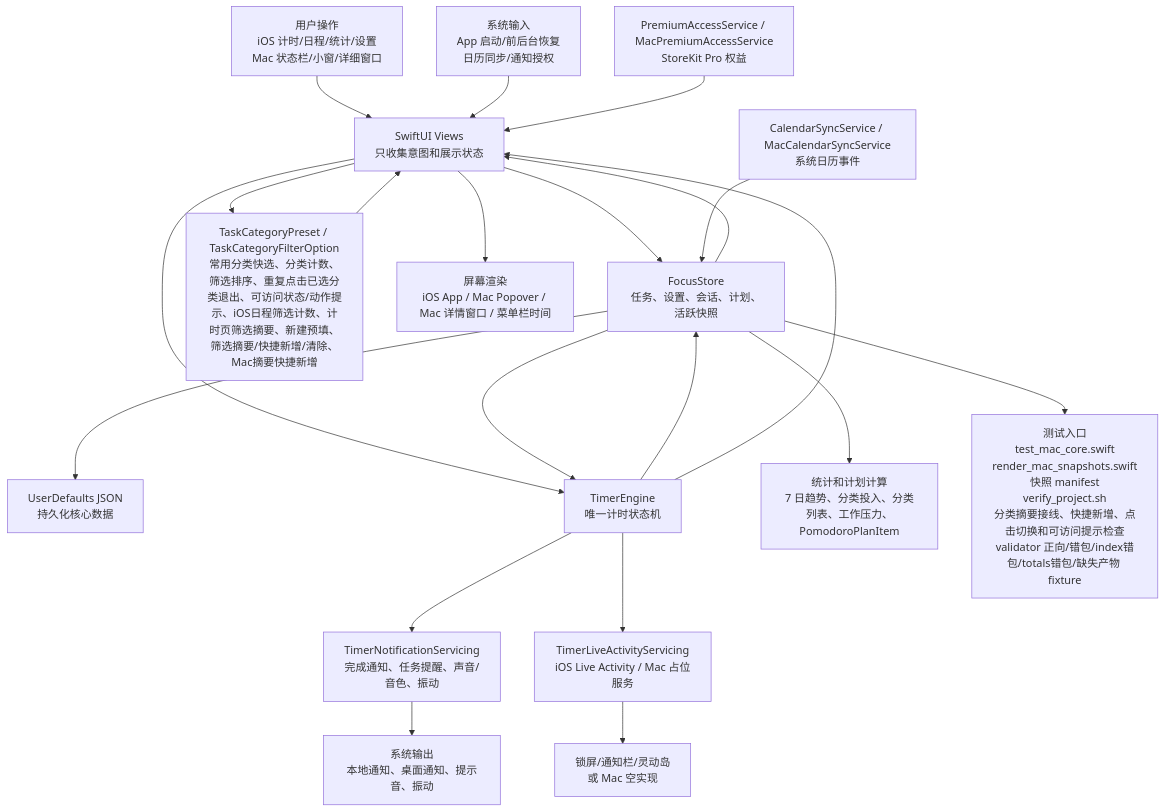
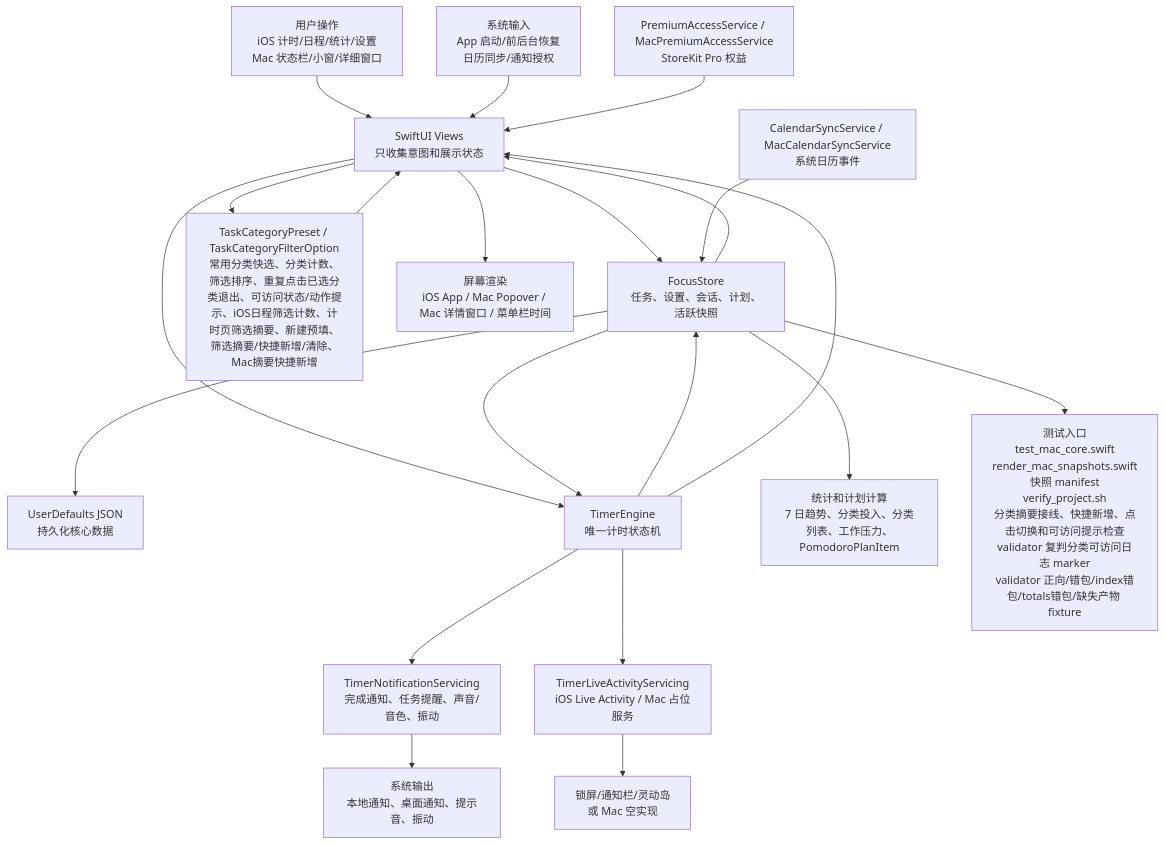
Before and after one commit to Altman-sam114/114: the first of 6 diagrams in md/flow/flowchart.md, drawn with Mermaid. The commit also changed other lines of this file and 7 other files, not shown here.

````diff
--- a/md/flow/flowchart.md
+++ b/md/flow/flowchart.md
@@ -9,23 +9,23 @@
 ```mermaid
 flowchart TD
   U["用户操作<br/>iOS 计时/日程/统计/设置<br/>Mac 状态栏/小窗/详细窗口"] --> V["SwiftUI Views<br/>只收集意图和展示状态"]
   SYS["系统输入<br/>App 启动/前后台恢复<br/>日历同步/通知授权"] --> V
   V --> S["FocusStore<br/>任务、设置、会话、计划、活跃快照"]
   V --> CAT["TaskCategoryPreset / TaskCategoryFilterOption<br/>常用分类快选、分类计数、筛选排序、重复点击已选分类退出、可访问状态/动作提示、iOS日程筛选计数、计时页筛选摘要、新建预填、筛选摘要/快捷新增/清除、Mac摘要快捷新增"]
   CAT --> V
   S --> P["UserDefaults JSON<br/>持久化核心数据"]
   V --> E["TimerEngine<br/>唯一计时状态机"]
   S --> E
   E --> S
   E --> N["TimerNotificationServicing<br/>完成通知、任务提醒、声音/音色、振动"]
   E --> L["TimerLiveActivityServicing<br/>iOS Live Activity / Mac 占位服务"]
   S --> C["统计和计划计算<br/>7 日趋势、分类投入、分类列表、工作压力、PomodoroPlanItem"]
   CAL["CalendarSyncService / MacCalendarSyncService<br/>系统日历事件"] --> S
   PRO["PremiumAccessService / MacPremiumAccessService<br/>StoreKit Pro 权益"] --> V
   S --> V
   E --> V
   V --> OUT["屏幕渲染<br/>iOS App / Mac Popover / Mac 详情窗口 / 菜单栏时间"]
   N --> OUT2["系统输出<br/>本地通知、桌面通知、提示音、振动"]
   L --> OUT3["锁屏/通知栏/灵动岛<br/>或 Mac 空实现"]
-  S --> T["测试入口<br/>test_mac_core.swift<br/>render_mac_snapshots.swift<br/>快照 manifest<br/>verify_project.sh<br/>分类摘要接线、快捷新增、点击切换和可访问提示检查<br/>validator 正向/错包/index错包/totals错包/缺失产物 fixture"]
+  S --> T["测试入口<br/>test_mac_core.swift<br/>render_mac_snapshots.swift<br/>快照 manifest<br/>verify_project.sh<br/>分类摘要接线、快捷新增、点击切换和可访问提示检查<br/>validator 复判分类可访问日志 marker<br/>validator 正向/错包/index错包/totals错包/缺失产物 fixture"]
 ```
````
